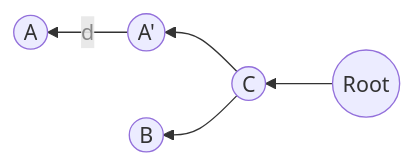
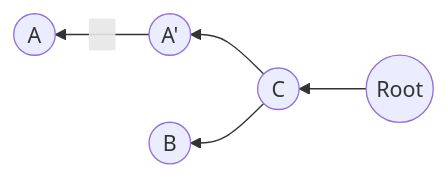
One commit to CHOYUNSIG/algorithm_with_boj changed the second of 6 diagrams in _posts/2024-01-20-lca.md. Above: the diagram before and after it, drawn with Mermaid. The commit also changed other lines of this file and 1 other file, not shown here.

```diff
--- a/_posts/2024-01-20-lca.md
+++ b/_posts/2024-01-20-lca.md
@@ -69,14 +69,14 @@
 <pre class="mermaid">
     graph RL
 
     root --> C
     C --> Ap
-    Ap -- <p style="color: #888">d</p> --> A
+    Ap -- <span class="mathjax mj1" style="display: inline-block; width: 20px"></span> --> A
     C --> B
 
     root((Root))
-    A((A))
-    Ap((A'))
-    B((B))
-    C((C))
+    A(("<span style="display: inline-block; width: 1em">A</span>"))
+    Ap(("<span style="display: inline-block; width: 1em">A'</span>"))
+    B(("<span style="display: inline-block; width: 1em">B</span>"))
+    C(("<span style="display: inline-block; width: 1em">C</span>"))
 </pre>
```
